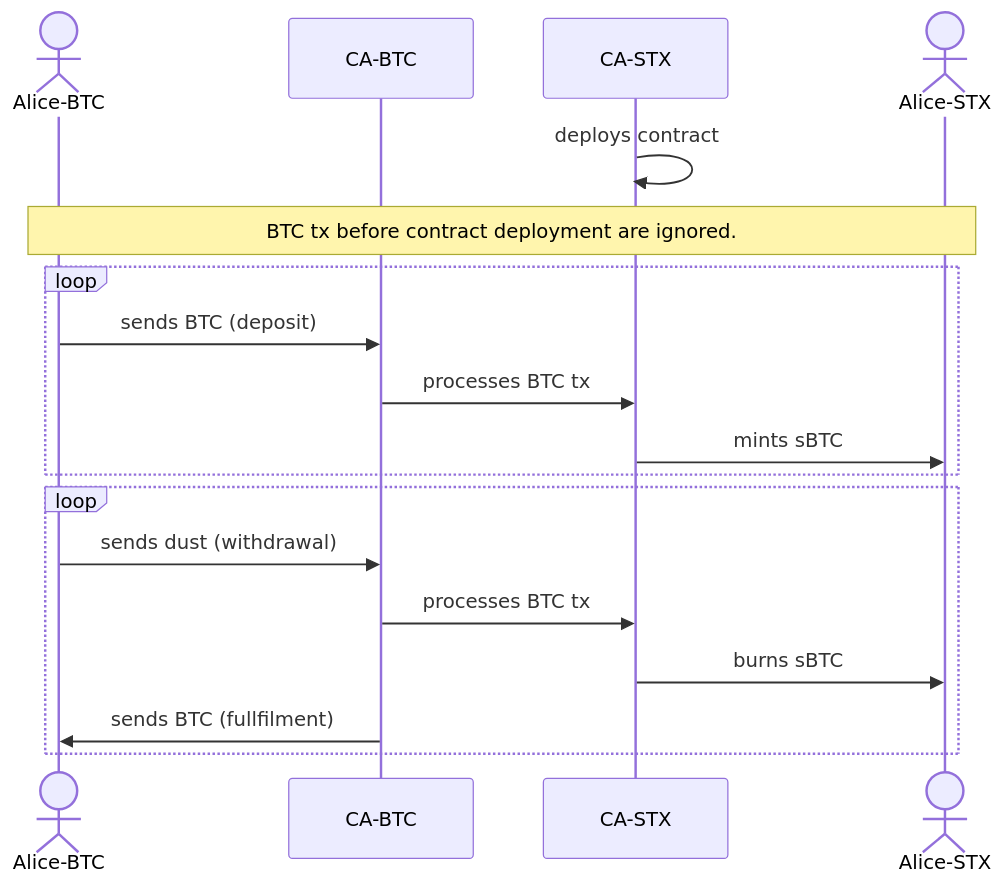
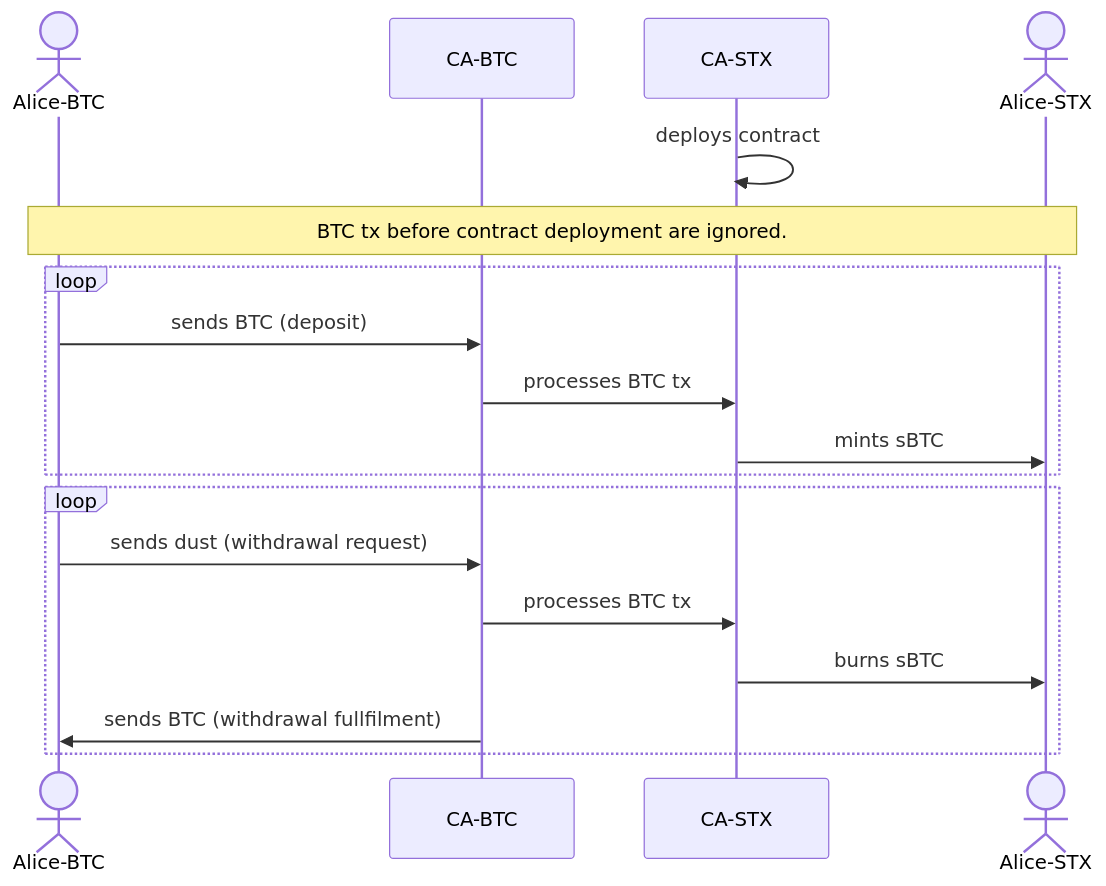
The diagram in src/sbtc-releases/sbtc-dev/get-started.md (stacks-network/sbtc-docs), drawn with Mermaid before and after one commit.

Commit message:
chore: use sBTC names

````diff
--- a/src/sbtc-releases/sbtc-dev/get-started.md
+++ b/src/sbtc-releases/sbtc-dev/get-started.md
@@ -7,20 +7,20 @@
 ```mermaid
 sequenceDiagram
     actor AB as Alice-BTC
     participant CB as CA-BTC
     participant CS as CA-STX
     actor AS as Alice-STX
     CS ->> CS: deploys contract
     Note over AB, AS: BTC tx before contract deployment are ignored.
     loop
         AB ->> CB: sends BTC (deposit)
         CB ->> CS: processes BTC tx
         CS ->> AS: mints sBTC
     end
     loop
-        AB ->> CB: sends dust (withdrawal)
+        AB ->> CB: sends dust (withdrawal request)
         CB ->> CS: processes BTC tx
         CS ->> AS: burns sBTC
-        CB ->> AB: sends BTC (fullfilment)
+        CB ->> AB: sends BTC (withdrawal fullfilment)
     end
 ```
````
